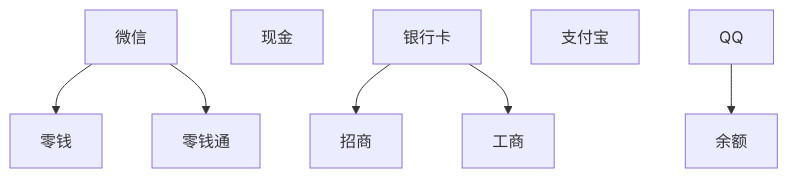
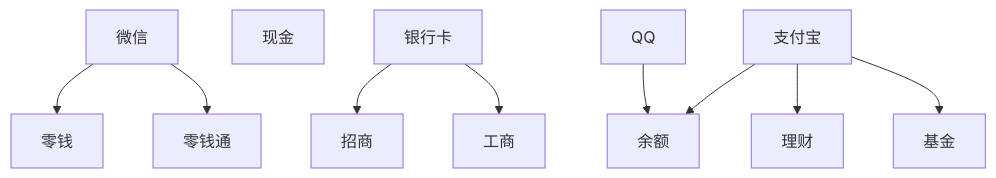
The fourth of 4 diagrams in cashbook/doc/database/CashbookDb.md (wk1995/Projects), drawn with Mermaid before and after one commit. The commit also changed other lines of this file and 8 other files, not shown here.

````diff
--- a/cashbook/doc/database/CashbookDb.md
+++ b/cashbook/doc/database/CashbookDb.md
@@ -142,12 +174,15 @@
 ```mermaid
 graph TB
 微信-->零钱
 微信-->零钱通
 现金
 银行卡-->招商
 银行卡-->工商
 
-支付宝
+支付宝-->余额
+支付宝-->理财
+支付宝-->基金
+
 QQ-->余额
 
 ```
````
